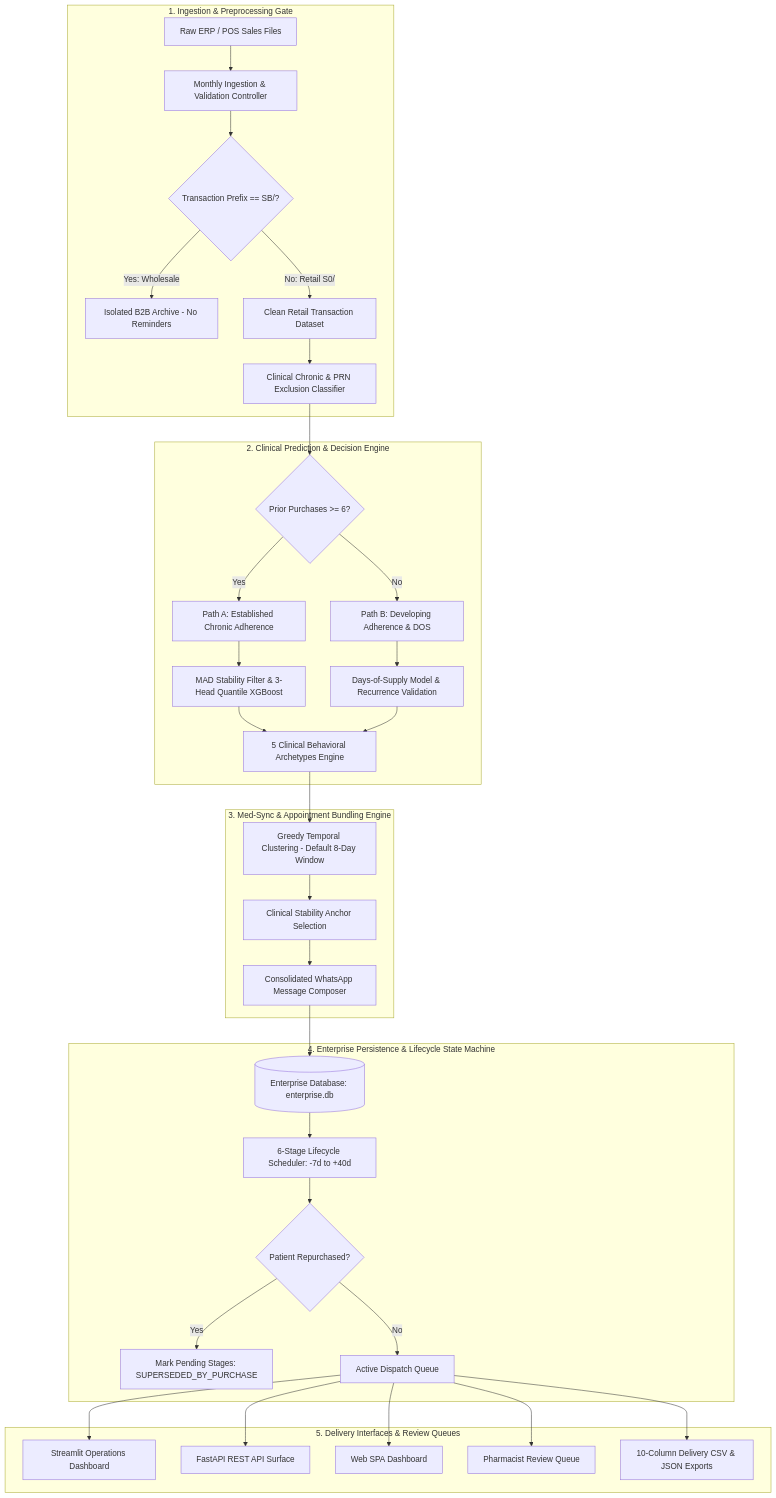
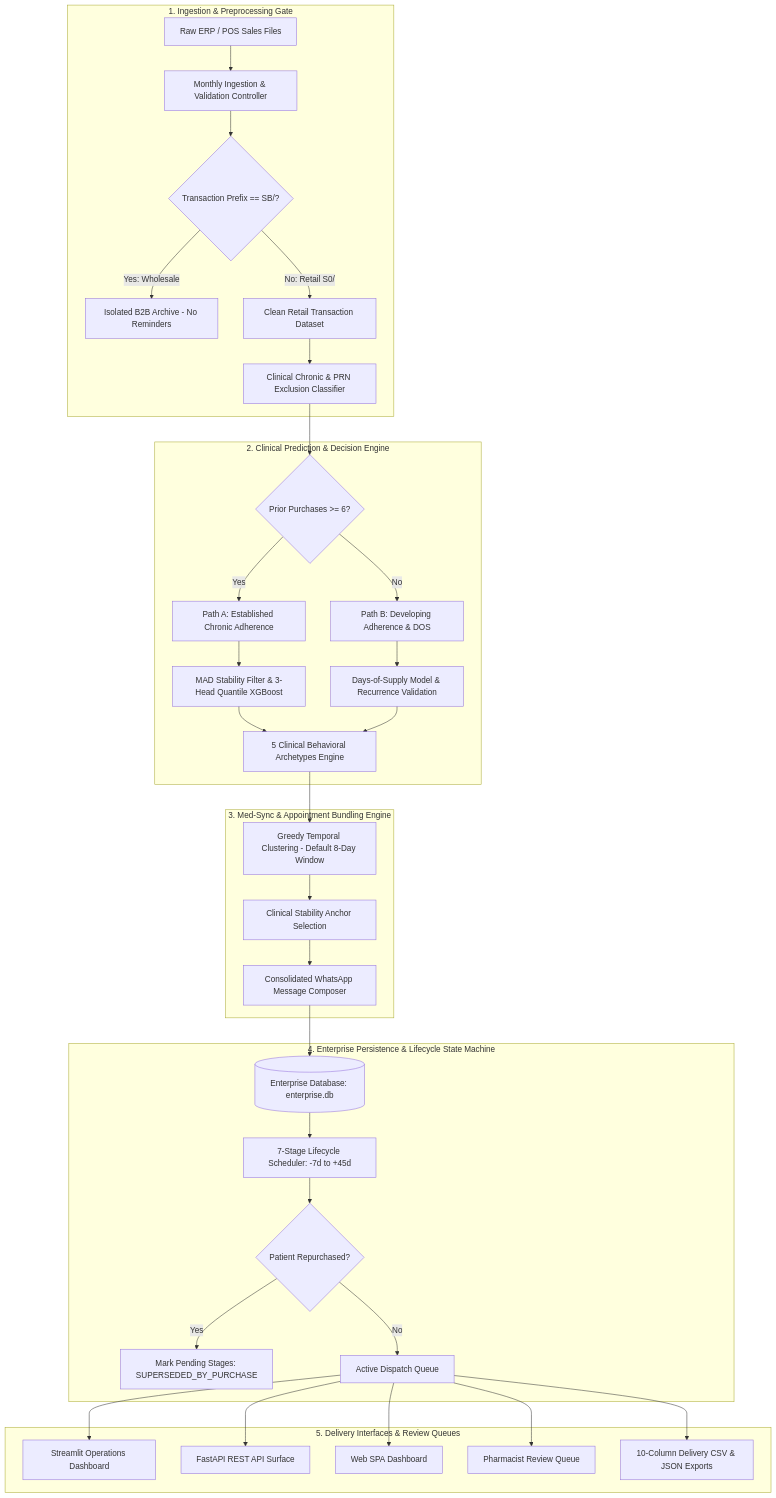
One commit to sunil872/ai-mediastra-whatsapp-reminder changed the diagram in implementation_plan.md. Above: the diagram before and after it, drawn with Mermaid. The commit also changed other lines of this file and 26 other files, not shown here.

````diff
--- a/implementation_plan.md
+++ b/implementation_plan.md
@@ -18,44 +18,44 @@
 ```mermaid
 flowchart TD
     subgraph Data_Layer [1. Ingestion & Preprocessing Gate]
         POS[Raw ERP / POS Sales Files] --> Ingest[Monthly Ingestion & Validation Controller]
         Ingest --> B2BFilter{Transaction Prefix == SB/?}
         B2BFilter -- Yes: Wholesale --> B2BStore[Isolated B2B Archive - No Reminders]
         B2BFilter -- No: Retail S0/ --> CleanTx[Clean Retail Transaction Dataset]
         CleanTx --> Classifier[Clinical Chronic & PRN Exclusion Classifier]
     end
 
     subgraph Decision_Engine [2. Clinical Prediction & Decision Engine]
         Classifier --> PathRouter{Prior Purchases >= 6?}
         PathRouter -- Yes --> PathA[Path A: Established Chronic Adherence]
         PathRouter -- No --> PathB[Path B: Developing Adherence & DOS]
         
         PathA --> MAD[MAD Stability Filter & 3-Head Quantile XGBoost]
         PathB --> DOS[Days-of-Supply Model & Recurrence Validation]
         
         MAD --> ArchetypeEngine[5 Clinical Behavioral Archetypes Engine]
         DOS --> ArchetypeEngine
     end
 
     subgraph Sync_Engine [3. Med-Sync & Appointment Bundling Engine]
         ArchetypeEngine --> ClusterEngine[Greedy Temporal Clustering - Default 8-Day Window]
         ClusterEngine --> AnchorSelector[Clinical Stability Anchor Selection]
         AnchorSelector --> MessageComposer[Consolidated WhatsApp Message Composer]
     end
 
     subgraph Persistence_Lifecycle [4. Enterprise Persistence & Lifecycle State Machine]
         MessageComposer --> DB[(Enterprise Database: enterprise.db)]
-        DB --> LifecycleController[6-Stage Lifecycle Scheduler: -7d to +40d]
+        DB --> LifecycleController[7-Stage Lifecycle Scheduler: -7d to +45d]
         LifecycleController --> RepurchaseCheck{Patient Repurchased?}
         RepurchaseCheck -- Yes --> Supersede[Mark Pending Stages: SUPERSEDED_BY_PURCHASE]
         RepurchaseCheck -- No --> DueStage[Active Dispatch Queue]
     end
 
     subgraph Interface_Delivery [5. Delivery Interfaces & Review Queues]
         DueStage --> StreamlitUI[Streamlit Operations Dashboard]
         DueStage --> FastAPIApp[FastAPI REST API Surface]
         DueStage --> WebSPA[Web SPA Dashboard]
         DueStage --> PharmacistReview[Pharmacist Review Queue]
         DueStage --> DeliveryCSV[10-Column Delivery CSV & JSON Exports]
     end
 ```
````
